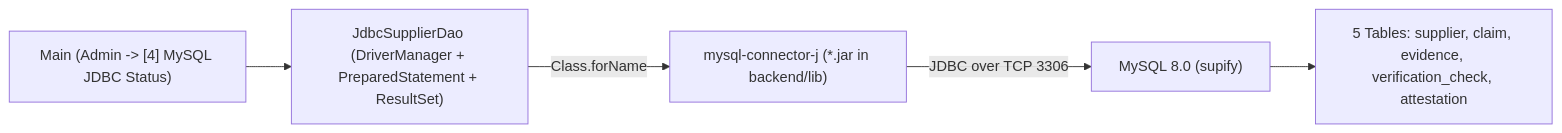
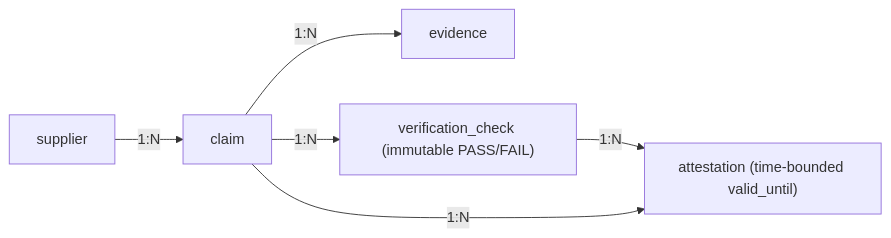
One commit to tanish19078/supify changed the second of 2 diagrams in docs/database-architecture.md. Above: the diagram before and after it, drawn with Mermaid. The commit also changed other lines of this file and 13 other files, not shown here.

Commit message:
Remove JDBC layer from backend and docs

````diff
--- a/docs/database-architecture.md
+++ b/docs/database-architecture.md
@@ -78,7 +78,8 @@
 ```mermaid
 flowchart LR
-    CLI["Main (Admin -> [4] MySQL JDBC Status)"] --> DAO["JdbcSupplierDao (DriverManager + PreparedStatement + ResultSet)"]
-    DAO -->|"Class.forName"| DRV["mysql-connector-j (*.jar in backend/lib)"]
-    DRV -->|"JDBC over TCP 3306"| DB["MySQL 8.0 (supify)"]
-    DB --> TBL["5 Tables: supplier, claim, evidence, verification_check, attestation"]
+    SUP["supplier"] -->|"1:N"| CLM["claim"]
+    CLM -->|"1:N"| EVD["evidence"]
+    CLM -->|"1:N"| CHK["verification_check (immutable PASS/FAIL)"]
+    CHK -->|"1:N"| ATT["attestation (time-bounded valid_until)"]
+    CLM -->|"1:N"| ATT
 ```
````
